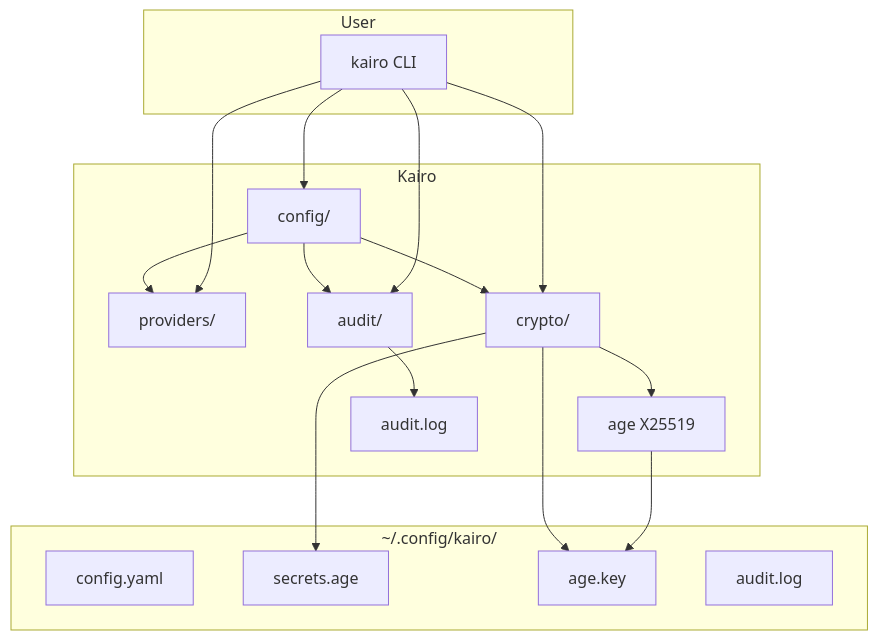
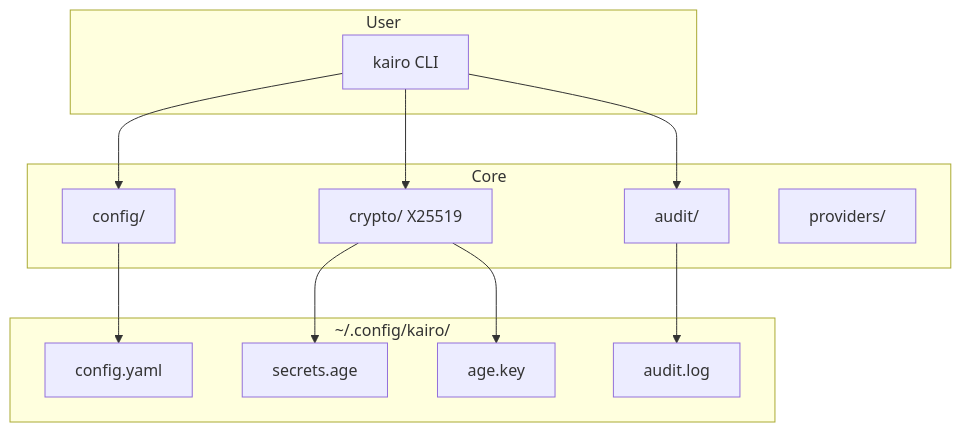
One commit to dkmnx/kairo changed the diagram in README.md. Above: the diagram before and after it, drawn with Mermaid. The commit also changed other lines of this file and 3 other files, not shown here.

````diff
--- a/README.md
+++ b/README.md
@@ -110,29 +63,28 @@
 ```mermaid
 flowchart TB
-    subgraph User[User]
+    subgraph User
         CLI[kairo CLI]
     end
 
-    subgraph Kairo
-        Config[config/] --> Providers[providers/]
-        Config --> Crypto[crypto/]
-        Config --> Audit[audit/]
-        Crypto --> Age[age X25519]
-        Audit --> Log[audit.log]
+    subgraph Core
+        Config[config/]
+        Crypto[crypto/ X25519]
+        Audit[audit/]
+        Providers[providers/]
     end
 
     subgraph Storage[~/.config/kairo/]
         YAML[config.yaml]
         AGE[secrets.age]
         KEY[age.key]
         LOG[audit.log]
     end
 
     CLI --> Config
-    CLI --> Providers
     CLI --> Crypto
     CLI --> Audit
+    Config --> YAML
     Crypto --> AGE
     Crypto --> KEY
-    Age --> KEY
+    Audit --> LOG
 ```
````
